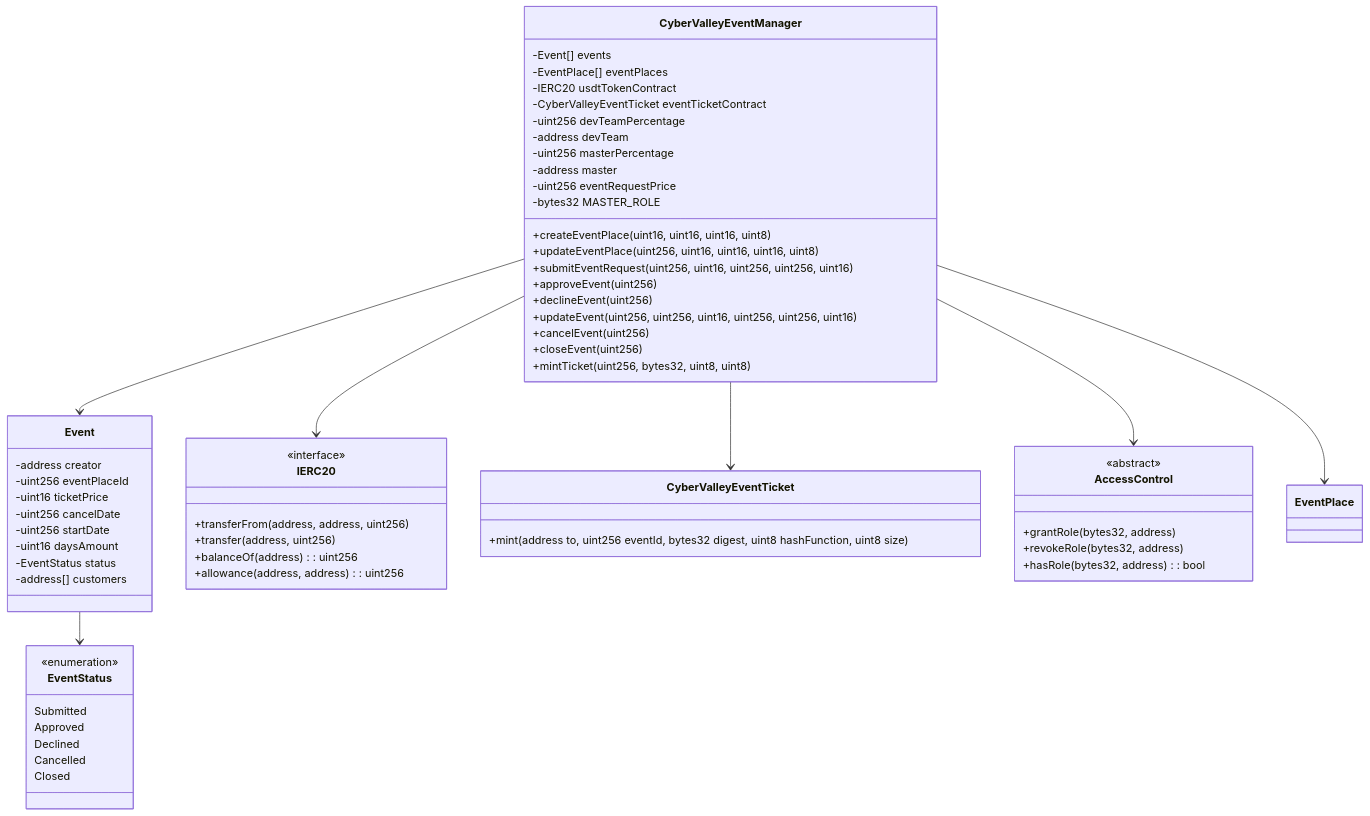
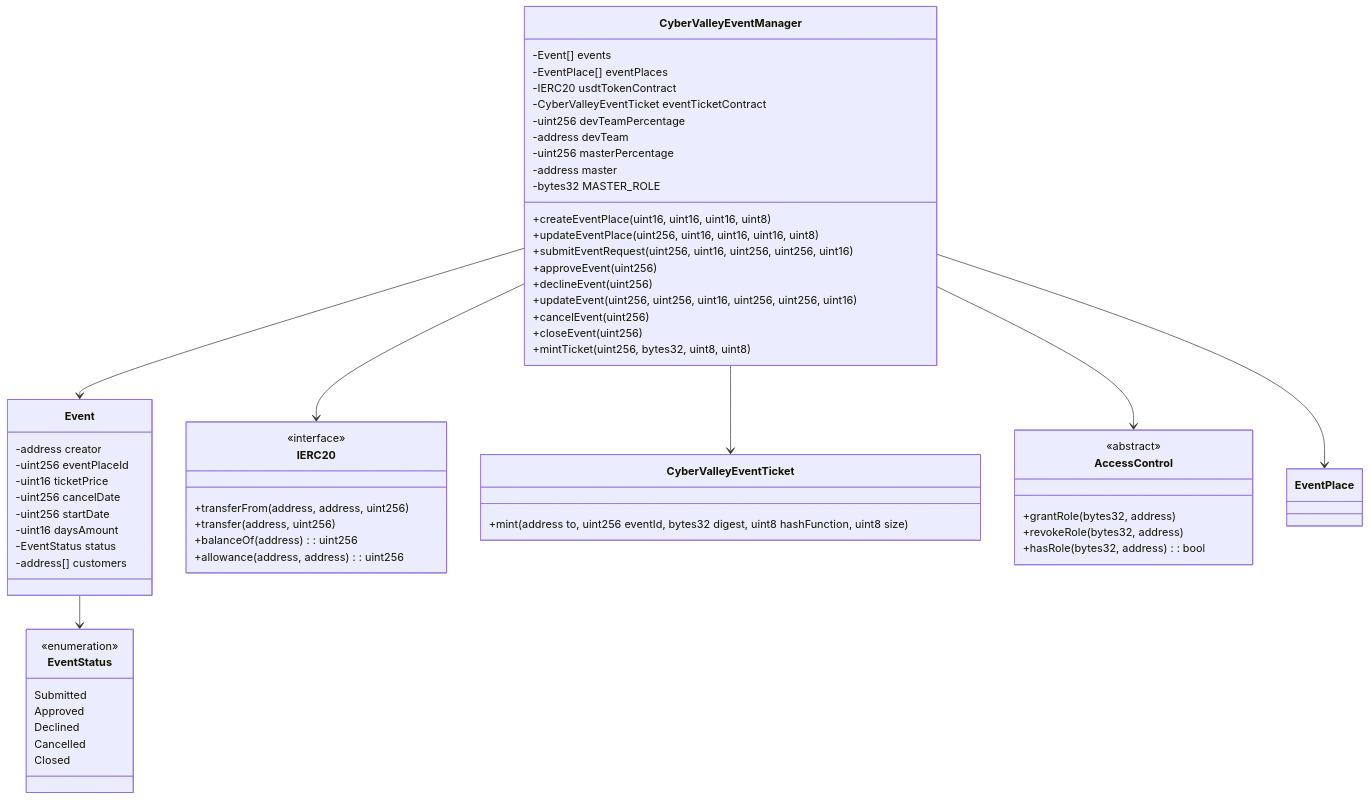
Before and after one commit to ai-shift/cyber-valley-tickets: diagram 18 of 48 in README.md, drawn with Mermaid. The commit also changed other lines of this file, not shown here.

Commit message:
docs: update event request price references to use per-place deposit

````diff
--- a/README.md
+++ b/README.md
@@ -454,71 +454,70 @@
 ```mermaid
 classDiagram
     class CyberValleyEventManager {
         -Event[] events
         -EventPlace[] eventPlaces
         -IERC20 usdtTokenContract
         -CyberValleyEventTicket eventTicketContract
         -uint256 devTeamPercentage
         -address devTeam
         -uint256 masterPercentage
         -address master
-        -uint256 eventRequestPrice
         -bytes32 MASTER_ROLE
 
         +createEventPlace(uint16, uint16, uint16, uint8)
         +updateEventPlace(uint256, uint16, uint16, uint16, uint8)
         +submitEventRequest(uint256, uint16, uint256, uint256, uint16)
         +approveEvent(uint256)
         +declineEvent(uint256)
         +updateEvent(uint256, uint256, uint16, uint256, uint256, uint16)
         +cancelEvent(uint256)
         +closeEvent(uint256)
         +mintTicket(uint256, bytes32, uint8, uint8)
     }
 
     class Event {
         -address creator
         -uint256 eventPlaceId
         -uint16 ticketPrice
         -uint256 cancelDate
         -uint256 startDate
         -uint16 daysAmount
         -EventStatus status
         -address[] customers
     }
 
     class EventStatus {
         <<enumeration>>
         Submitted
         Approved
         Declined
         Cancelled
         Closed
     }
 
     class IERC20 {
         <<interface>>
         +transferFrom(address, address, uint256)
         +transfer(address, uint256)
         +balanceOf(address): uint256
         +allowance(address, address): uint256
     }
 
     class CyberValleyEventTicket {
         +mint(address to, uint256 eventId, bytes32 digest, uint8 hashFunction, uint8 size)
     }
 
     class AccessControl {
         <<abstract>>
         +grantRole(bytes32, address)
         +revokeRole(bytes32, address)
         +hasRole(bytes32, address): bool
     }
 
     CyberValleyEventManager --> AccessControl
     CyberValleyEventManager --> IERC20
     CyberValleyEventManager --> CyberValleyEventTicket
     CyberValleyEventManager --> Event
     CyberValleyEventManager --> EventPlace
     Event --> EventStatus
 ```
````
